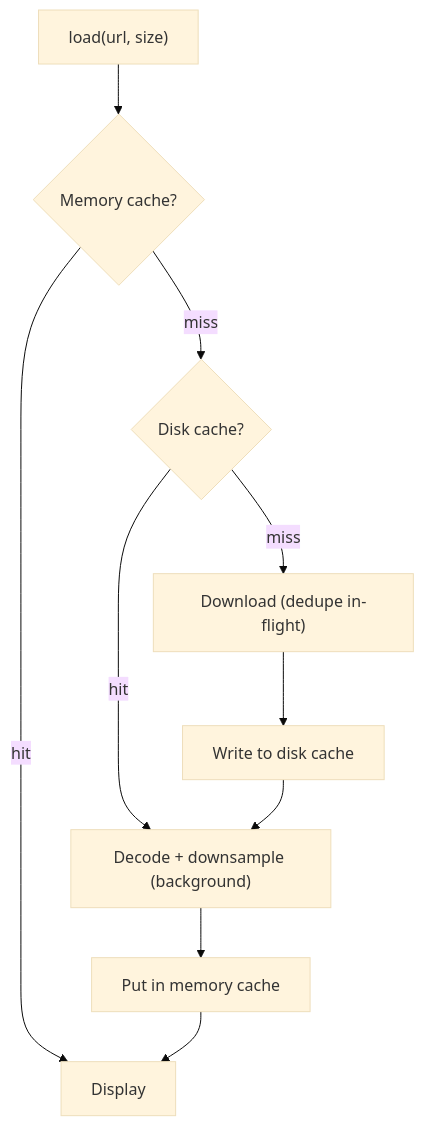
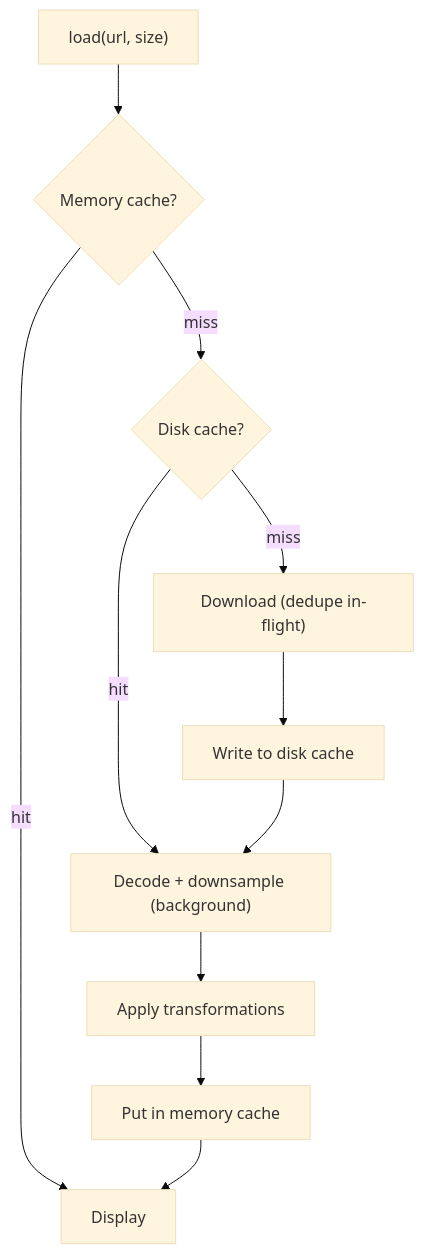
One commit to AkshayAshokCode/Android-Interview-Questions-cheat-sheet changed the third of 24 diagrams in topics/23-system-design.md. Above: the diagram before and after it, drawn with Mermaid (base theme). The commit also changed other lines of this file and 4 other files, not shown here.

````diff
--- a/topics/23-system-design.md
+++ b/topics/23-system-design.md
@@ -45,12 +87,13 @@
 ```mermaid
 flowchart TD
     REQ["load(url, size)"] --> MC{"Memory cache?"}
     MC -->|"hit"| SHOW["Display"]
     MC -->|"miss"| DC{"Disk cache?"}
     DC -->|"hit"| DEC["Decode + downsample (background)"]
     DC -->|"miss"| NET["Download (dedupe in-flight)"]
     NET --> WD["Write to disk cache"]
     WD --> DEC
-    DEC --> PUT["Put in memory cache"]
+    DEC --> TR["Apply transformations"]
+    TR --> PUT["Put in memory cache"]
     PUT --> SHOW
 ```
````
